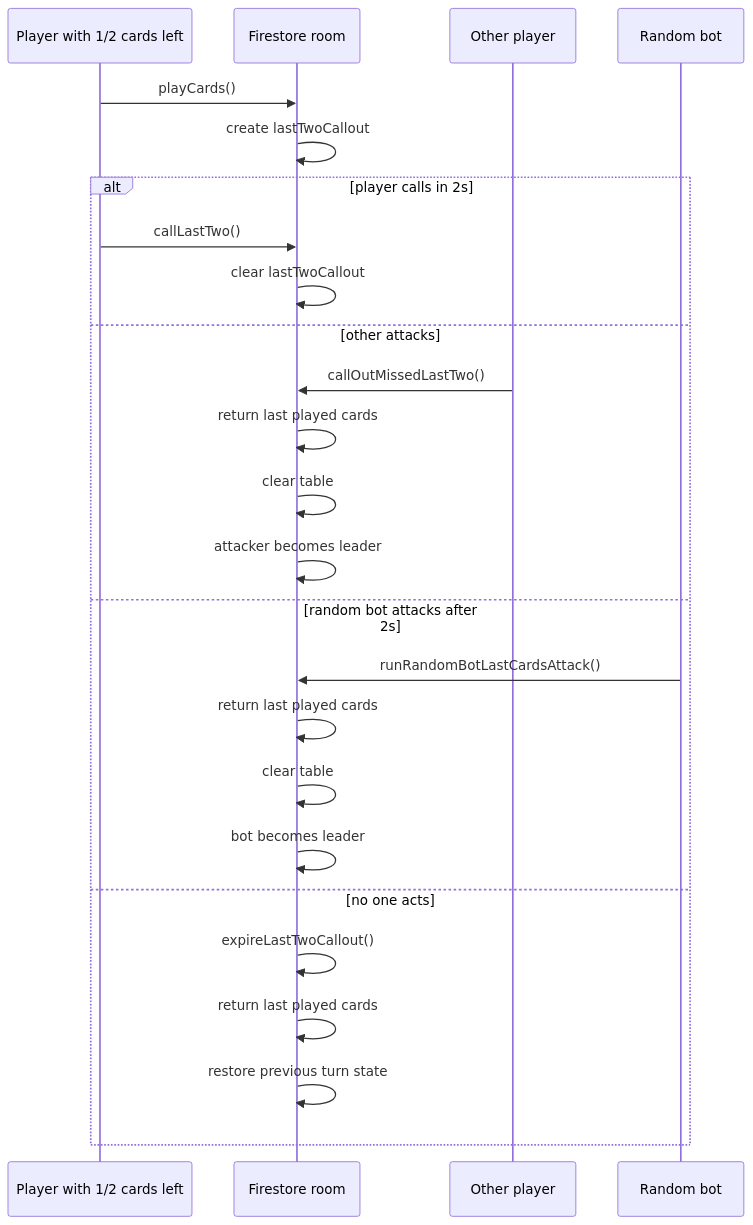
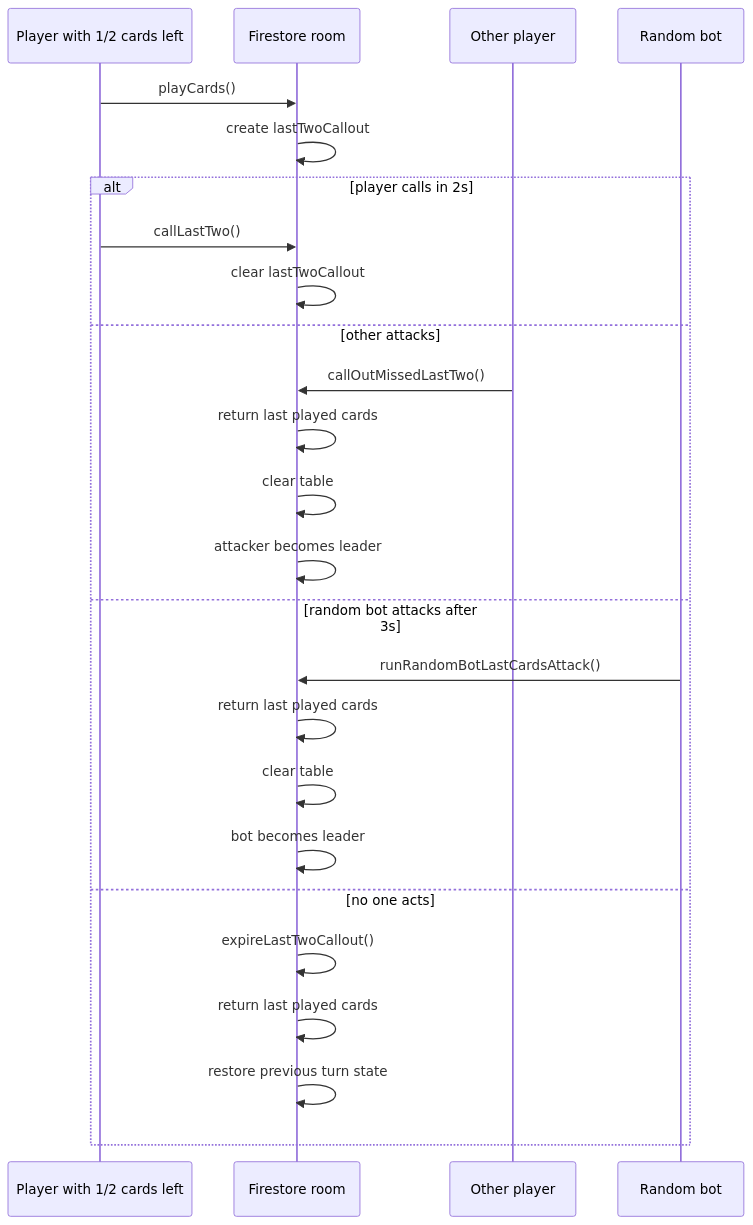
One commit to Sourav9063/watchtogether changed the third of 6 diagrams in src/app/big-two/README.md. Above: the diagram before and after it, drawn with Mermaid. The commit also changed other lines of this file and 3 other files, not shown here.

````diff
--- a/src/app/big-two/README.md
+++ b/src/app/big-two/README.md
@@ -243,27 +243,27 @@
 ```mermaid
 sequenceDiagram
   participant P as Player with 1/2 cards left
   participant R as Firestore room
   participant O as Other player
   participant B as Random bot
   P->>R: playCards()
   R->>R: create lastTwoCallout
   alt player calls in 2s
     P->>R: callLastTwo()
     R->>R: clear lastTwoCallout
   else other attacks
     O->>R: callOutMissedLastTwo()
     R->>R: return last played cards
     R->>R: clear table
     R->>R: attacker becomes leader
-  else random bot attacks after 2s
+  else random bot attacks after 3s
     B->>R: runRandomBotLastCardsAttack()
     R->>R: return last played cards
     R->>R: clear table
     R->>R: bot becomes leader
   else no one acts
     R->>R: expireLastTwoCallout()
     R->>R: return last played cards
     R->>R: restore previous turn state
   end
 ```
````
